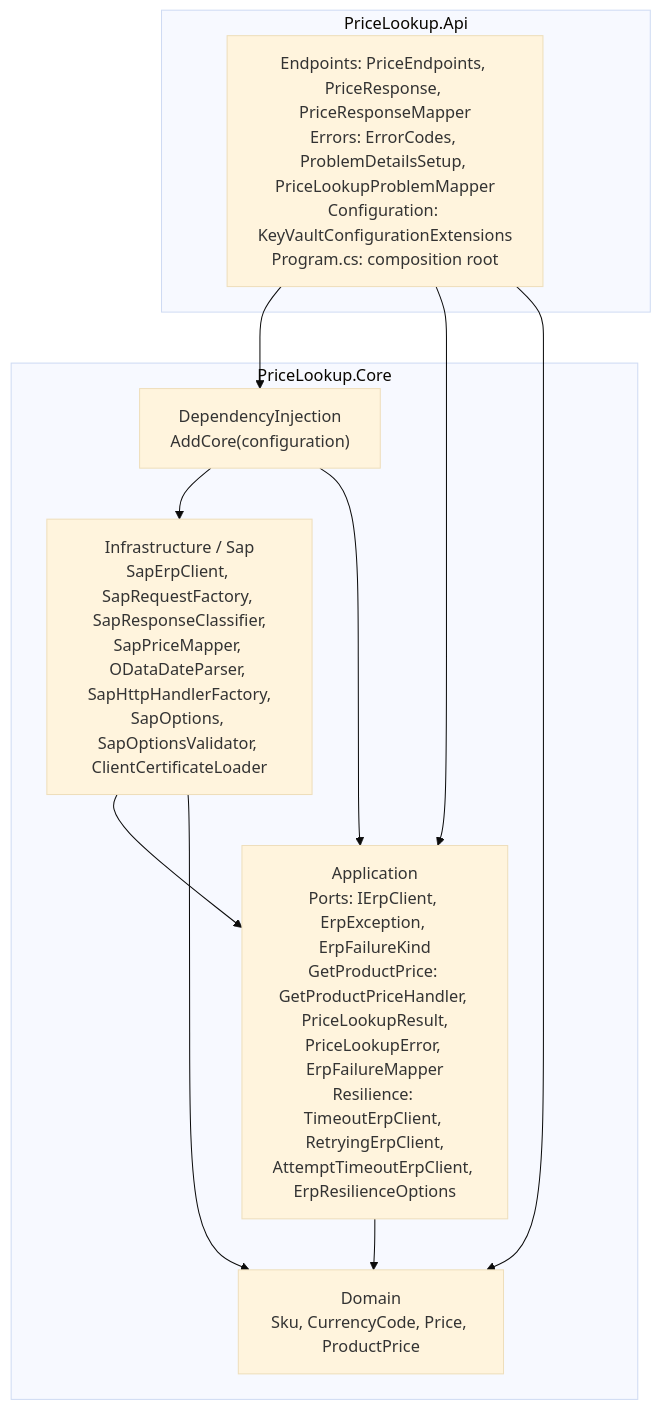
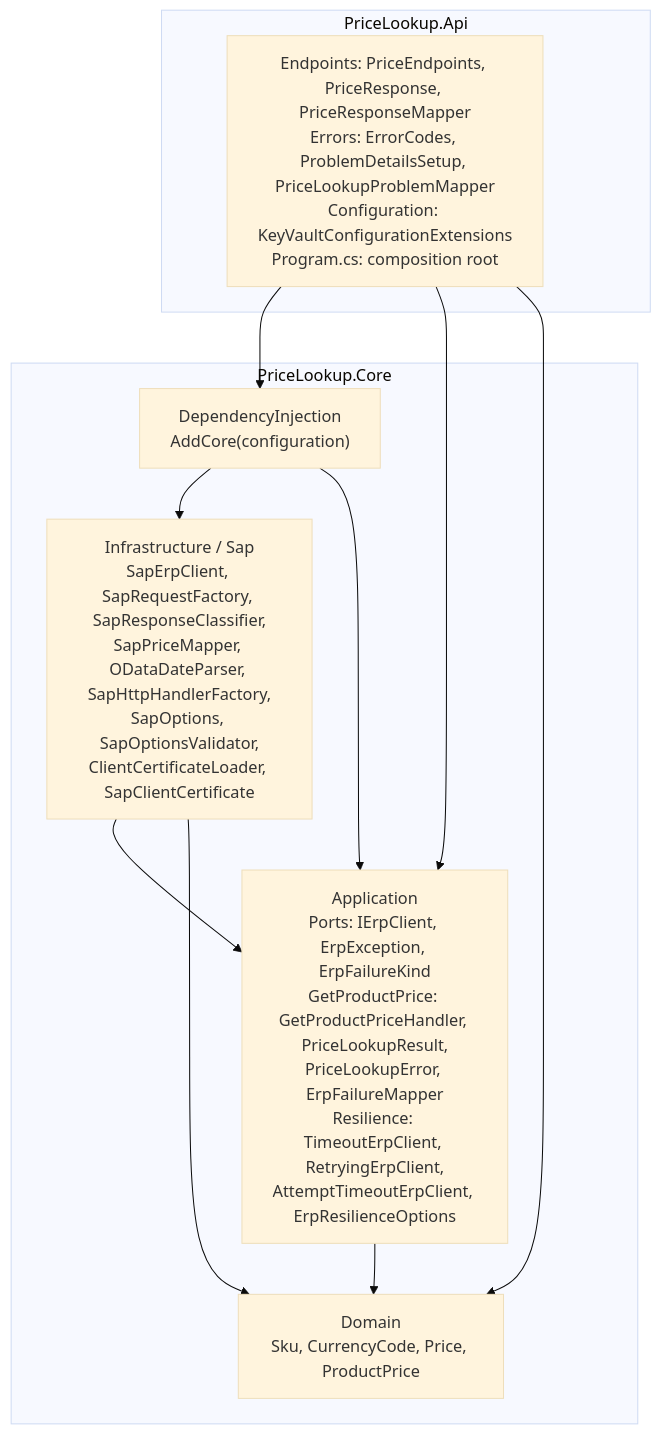
One commit to walentyk/price-lookup-service changed the second of 7 diagrams in docs/architecture.md. Above: the diagram before and after it, drawn with Mermaid (base theme). The commit also changed other lines of this file and 19 other files, not shown here.

Commit message:
feat: add X.509 client certificate, TLS settings, options validation and Key Vault

````diff
--- a/docs/architecture.md
+++ b/docs/architecture.md
@@ -39,22 +39,22 @@
 ```mermaid
 flowchart TB
     subgraph apiProject["PriceLookup.Api"]
         api["Endpoints: PriceEndpoints, PriceResponse, PriceResponseMapper<br/>Errors: ErrorCodes, ProblemDetailsSetup, PriceLookupProblemMapper<br/>Configuration: KeyVaultConfigurationExtensions<br/>Program.cs: composition root"]
     end
 
     subgraph core["PriceLookup.Core"]
         di["DependencyInjection<br/>AddCore(configuration)"]
-        infra["Infrastructure / Sap<br/>SapErpClient, SapRequestFactory, SapResponseClassifier,<br/>SapPriceMapper, ODataDateParser, SapHttpHandlerFactory,<br/>SapOptions, SapOptionsValidator, ClientCertificateLoader"]
+        infra["Infrastructure / Sap<br/>SapErpClient, SapRequestFactory, SapResponseClassifier,<br/>SapPriceMapper, ODataDateParser, SapHttpHandlerFactory,<br/>SapOptions, SapOptionsValidator,<br/>ClientCertificateLoader, SapClientCertificate"]
         app["Application<br/>Ports: IErpClient, ErpException, ErpFailureKind<br/>GetProductPrice: GetProductPriceHandler, PriceLookupResult,<br/>PriceLookupError, ErpFailureMapper<br/>Resilience: TimeoutErpClient, RetryingErpClient,<br/>AttemptTimeoutErpClient, ErpResilienceOptions"]
         domain["Domain<br/>Sku, CurrencyCode, Price, ProductPrice"]
     end
 
     api --> di
     api --> app
     api --> domain
     di --> infra
     di --> app
     infra --> app
     infra --> domain
     app --> domain
 ```
````
